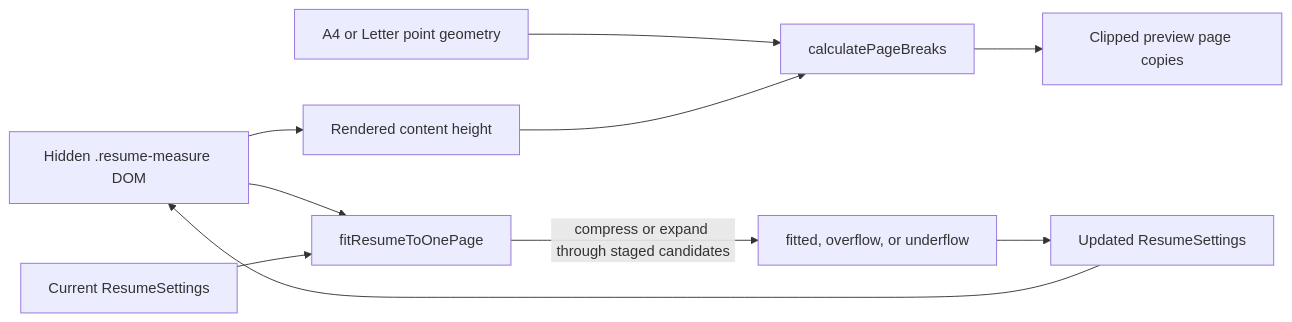
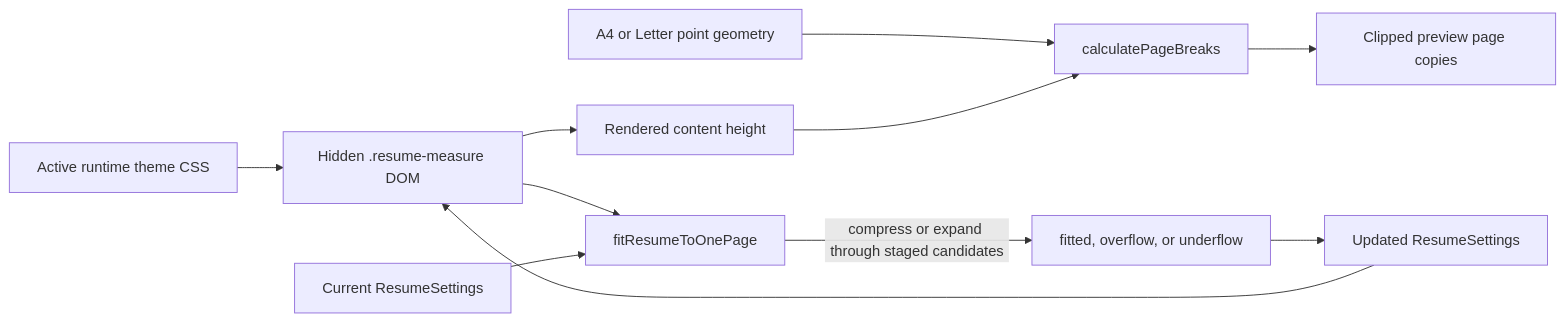
The fifth of 7 diagrams in docs/knowledge-graph.md (jarvanstack/markdown-to-resume), drawn with Mermaid before and after one commit. The commit also changed other lines of this file and 14 other files, not shown here.

Commit message:
Add live CSS editor tab and theme draft persistence

````diff
--- a/docs/knowledge-graph.md
+++ b/docs/knowledge-graph.md
@@ -144,12 +161,13 @@
 ```mermaid
 flowchart LR
     Measure["Hidden .resume-measure DOM"] --> Height["Rendered content height"]
     Paper["A4 or Letter point geometry"] --> Breaks["calculatePageBreaks"]
     Height --> Breaks
     Breaks --> Copies["Clipped preview page copies"]
     Measure --> Fit["fitResumeToOnePage"]
     Settings["Current ResumeSettings"] --> Fit
+    RuntimeCss["Active runtime theme CSS"] --> Measure
     Fit -->|"compress or expand through staged candidates"| Result["fitted, overflow, or underflow"]
     Result --> Updated["Updated ResumeSettings"]
     Updated --> Measure
 ```
````
